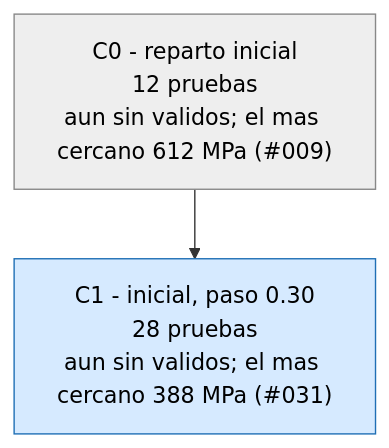
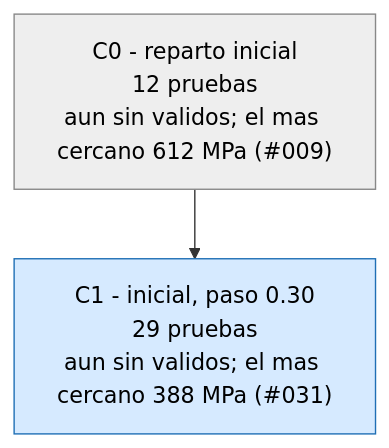
Before and after one commit to Hugiko/msd-soporte-optimizacion: the third of 3 diagrams in runs/opt_37800N/ARBOL.md, drawn with Mermaid. The commit also changed 19 other files, not shown here.

````diff
--- a/runs/opt_37800N/ARBOL.md
+++ b/runs/opt_37800N/ARBOL.md
@@ -43,9 +43,9 @@
 ```mermaid
 graph TD
 classDef activa fill:#d6eaff,stroke:#1f6fb5,color:#000
 classDef fin fill:#eeeeee,stroke:#888,color:#000
 classDef mejor fill:#c8f0c0,stroke:#1a9850,stroke-width:4px,color:#000
 C0["C0 - reparto inicial<br/>12 pruebas<br/>aun sin validos; el mas cercano 612 MPa (#009)"]:::fin
-C1["C1 - inicial, paso 0.30<br/>28 pruebas<br/>aun sin validos; el mas cercano 388 MPa (#031)"]:::activa
+C1["C1 - inicial, paso 0.30<br/>29 pruebas<br/>aun sin validos; el mas cercano 388 MPa (#031)"]:::activa
 C0 --> C1
 ```
````
